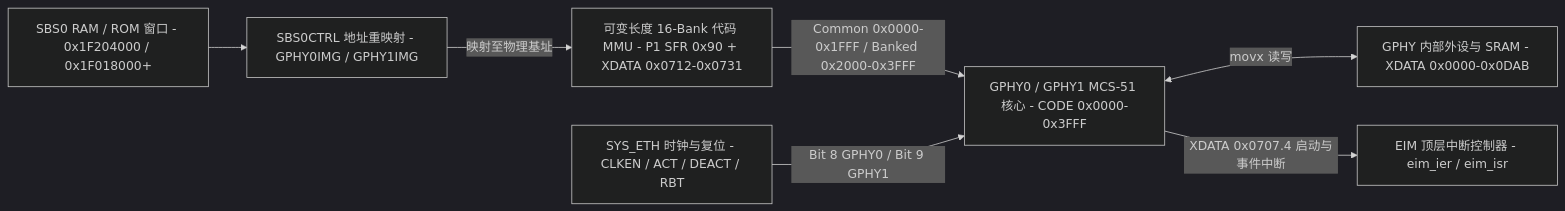
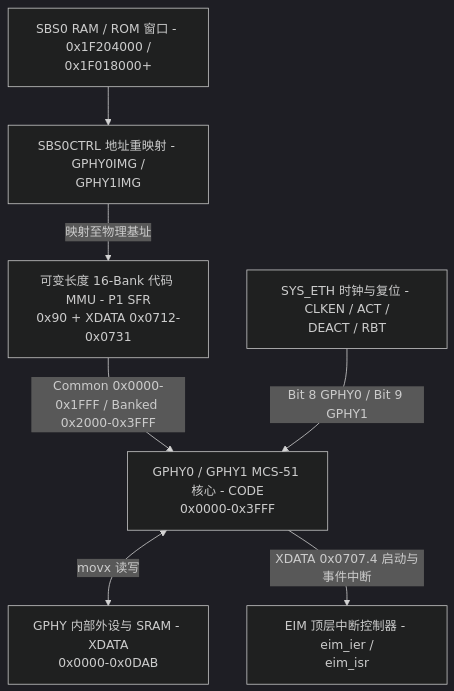
One commit to difanz/lantiq-falcon-s-docs changed the diagram in 05_coprocessors/09_gphy_8051_coprocessor.md. Above: the diagram before and after it, drawn with Mermaid (dark theme). The commit also changed 33 other files, not shown here.

Commit message:
Improve diagram readability and adopt the Material theme

````diff
--- a/05_coprocessors/09_gphy_8051_coprocessor.md
+++ b/05_coprocessors/09_gphy_8051_coprocessor.md
@@ -5,17 +5,17 @@
 ```mermaid
-flowchart LR
-    SBS0_RAM["SBS0 RAM / ROM 窗口 - 0x1F204000 / 0x1F018000+"]
-    SBS0_CTRL["SBS0CTRL 地址重映射 - GPHY0IMG / GPHY1IMG"]
-    BANK_MMU["可变长度 16-Bank 代码 MMU - P1 SFR 0x90 + XDATA 0x0712-0x0731"]
-    SYS_ETH["SYS_ETH 时钟与复位 - CLKEN / ACT / DEACT / RBT"]
-    CORE["GPHY0 / GPHY1 MCS-51 核心 - CODE 0x0000-0x3FFF"]
-    XDATA["GPHY 内部外设与 SRAM - XDATA 0x0000-0x0DAB"]
-    EIM["EIM 顶层中断控制器 - eim_ier / eim_isr"]
+flowchart TD
+    SBS0_RAM["SBS0 RAM / ROM 窗口 - 0x1F204000 /<br/>0x1F018000+"]
+    SBS0_CTRL["SBS0CTRL 地址重映射 - GPHY0IMG /<br/>GPHY1IMG"]
+    BANK_MMU["可变长度 16-Bank 代码 MMU - P1 SFR<br/>0x90 + XDATA 0x0712-0x0731"]
+    SYS_ETH["SYS_ETH 时钟与复位 - CLKEN / ACT /<br/>DEACT / RBT"]
+    CORE["GPHY0 / GPHY1 MCS-51 核心 - CODE<br/>0x0000-0x3FFF"]
+    XDATA["GPHY 内部外设与 SRAM - XDATA<br/>0x0000-0x0DAB"]
+    EIM["EIM 顶层中断控制器 - eim_ier /<br/>eim_isr"]
 
     SBS0_RAM --> SBS0_CTRL
     SBS0_CTRL -->|映射至物理基址| BANK_MMU
     BANK_MMU -->|Common 0x0000-0x1FFF / Banked 0x2000-0x3FFF| CORE
     SYS_ETH -->|Bit 8 GPHY0 / Bit 9 GPHY1| CORE
     CORE <-->|movx 读写| XDATA
     CORE -->|XDATA 0x0707.4 启动与事件中断| EIM
 ```
````
